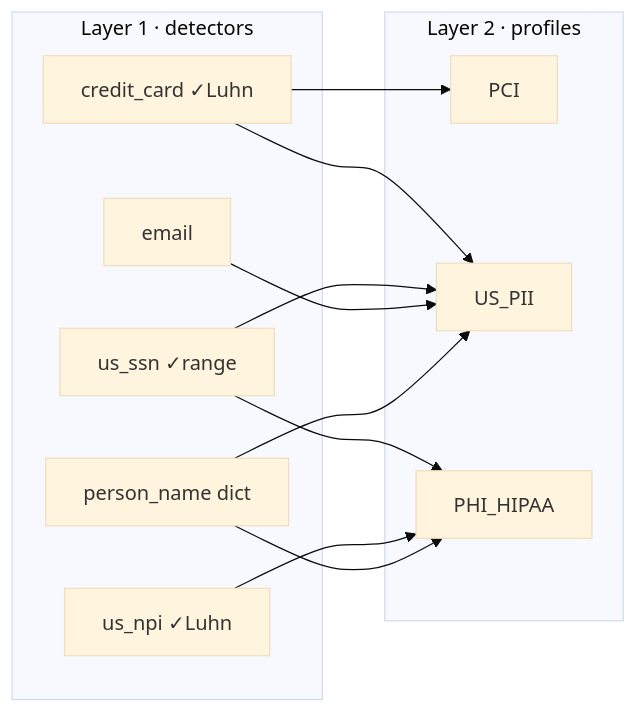
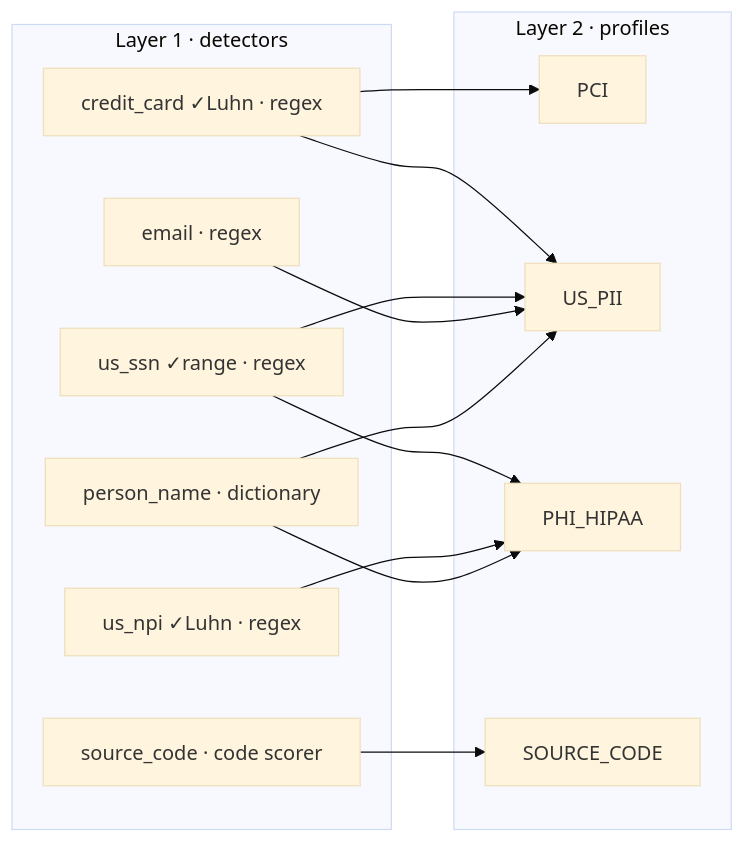
The second of 3 diagrams in docs/architecture.md (bencybrhvn/endpoint-ci), drawn with Mermaid (base theme) before and after one commit. The commit also changed other lines of this file and 26 other files, not shown here.

First line of the commit message:
feat: report-only engine + source-code detection

````diff
--- a/docs/architecture.md
+++ b/docs/architecture.md
@@ -38,23 +41,26 @@
 ```mermaid
 flowchart LR
     subgraph L1[Layer 1 · detectors]
-      d1[credit_card ✓Luhn]
-      d2[us_ssn ✓range]
-      d3[email]
-      d4[us_npi ✓Luhn]
-      d5[person_name dict]
+      d1[credit_card ✓Luhn · regex]
+      d2[us_ssn ✓range · regex]
+      d3[email · regex]
+      d4[us_npi ✓Luhn · regex]
+      d5[person_name · dictionary]
+      d6[source_code · code scorer]
     end
     subgraph L2[Layer 2 · profiles]
       p1[PCI]
       p2[US_PII]
       p3[PHI_HIPAA]
+      p4[SOURCE_CODE]
     end
     d1 --> p1
     d1 --> p2
     d2 --> p2
     d2 --> p3
     d3 --> p2
     d4 --> p3
     d5 --> p2
     d5 --> p3
+    d6 --> p4
 ```
````
